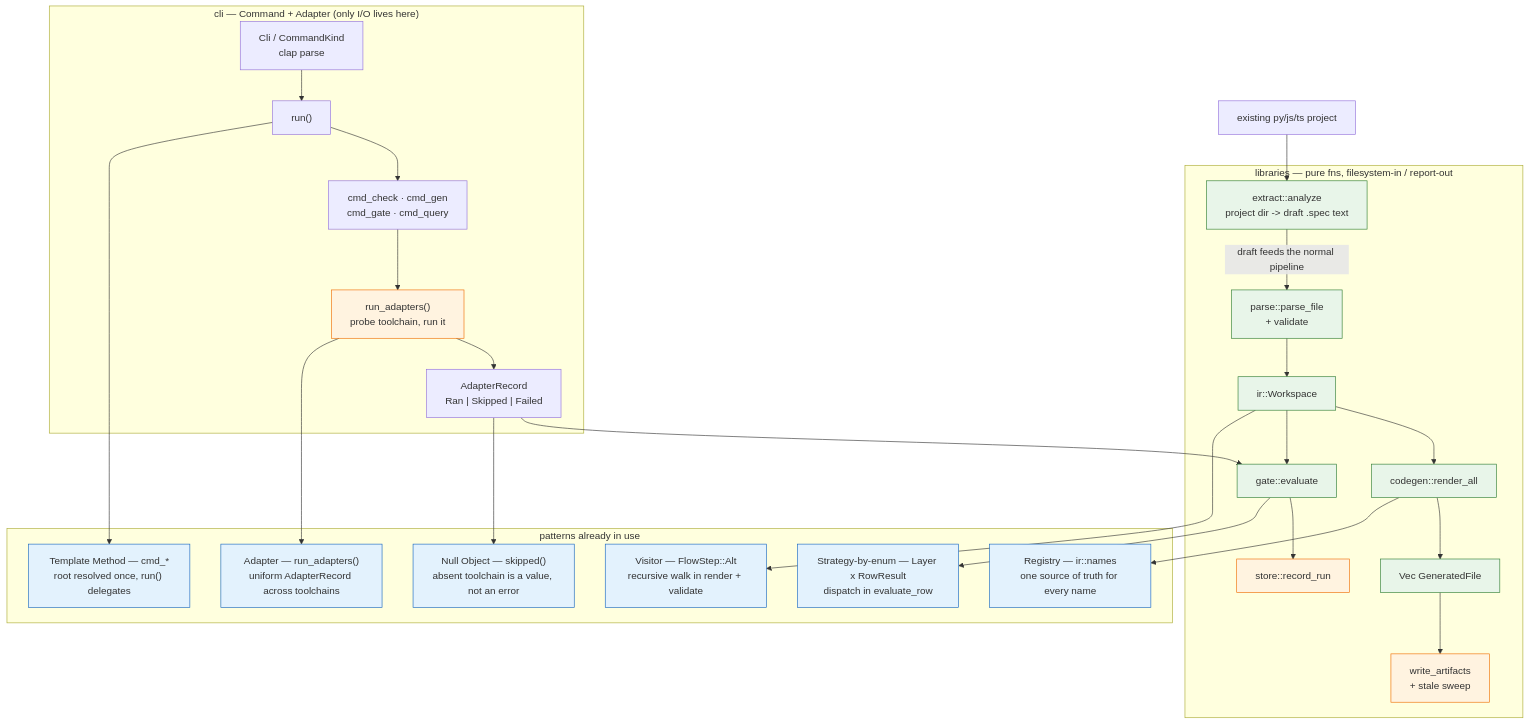
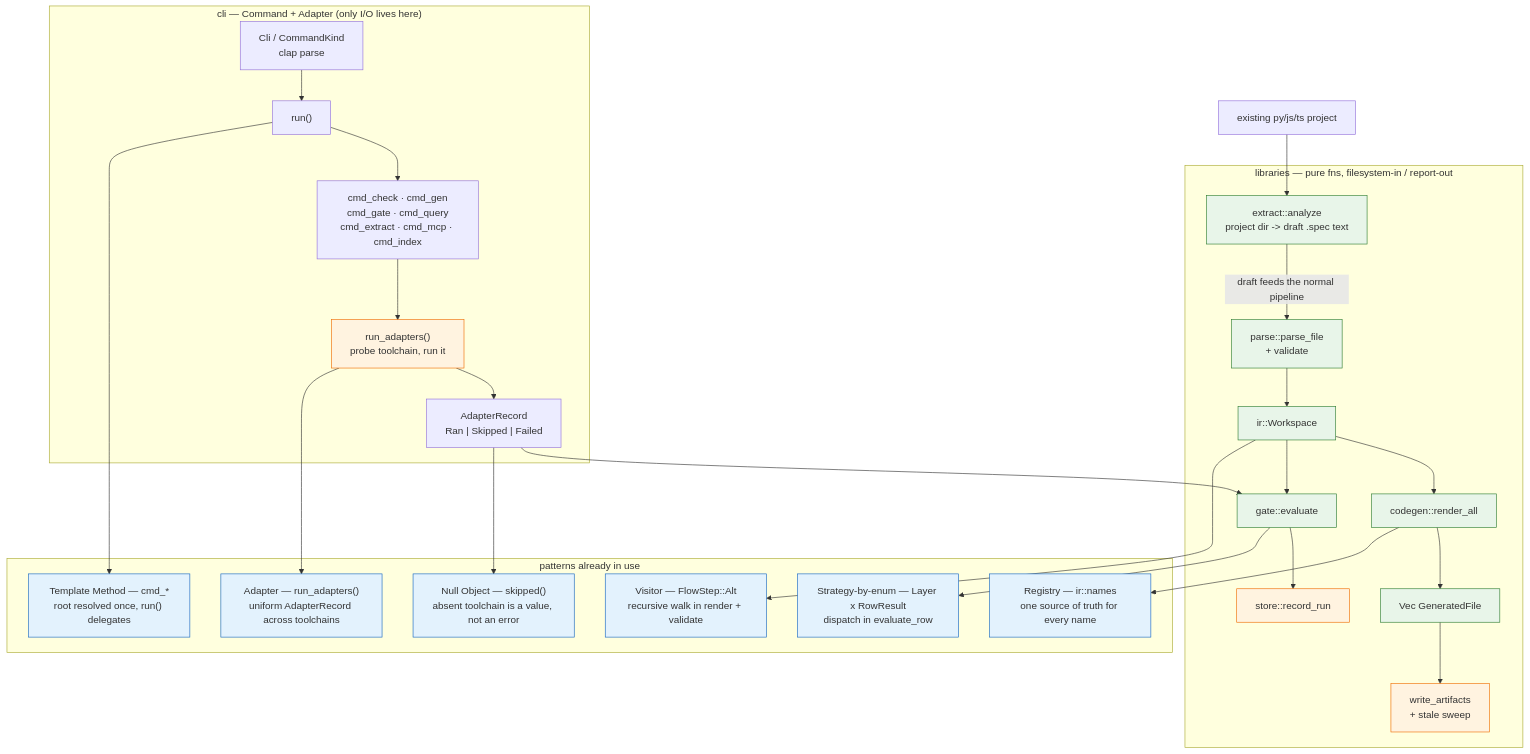
The diagram in ARCHITECTURE.md (chopanpma/decision-spec), drawn with Mermaid before and after one commit. The commit also changed 7 other files, not shown here.

First line of the commit message:
F20: decispec index — GitHub-renderable decision index (md + embedded mermaid)

````diff
--- a/ARCHITECTURE.md
+++ b/ARCHITECTURE.md
@@ -3,45 +3,45 @@
 ```mermaid
 flowchart TB
   subgraph CLI["cli — Command + Adapter (only I/O lives here)"]
     C1["Cli / CommandKind<br/>clap parse"] --> C2["run()"]
-    C2 --> C3["cmd_check · cmd_gen<br/>cmd_gate · cmd_query"]
+    C2 --> C3["cmd_check · cmd_gen<br/>cmd_gate · cmd_query<br/>cmd_extract · cmd_mcp · cmd_index"]
     C3 --> C4["run_adapters()<br/>probe toolchain, run it"]
     C4 --> C5["AdapterRecord<br/>Ran | Skipped | Failed"]
   end
 
   subgraph LIB["libraries — pure fns, filesystem-in / report-out"]
     P["parse::parse_file<br/>+ validate"] --> W["ir::Workspace"]
     W --> R["codegen::render_all"]
     R --> RF["Vec GeneratedFile"]
     W --> G["gate::evaluate"]
     C5 --> G
     RF --> S["write_artifacts<br/>+ stale sweep"]
     G --> ST["store::record_run"]
     X["extract::analyze<br/>project dir -> draft .spec text"]
   end
   PD["existing py/js/ts project"] --> X
   X -- "draft feeds the normal pipeline" --> P
 
   subgraph PAT["patterns already in use"]
     S1["Visitor — FlowStep::Alt<br/>recursive walk in render + validate"]
     S2["Strategy-by-enum — Layer x RowResult<br/>dispatch in evaluate_row"]
     S3["Registry — ir::names<br/>one source of truth for every name"]
     S4["Adapter — run_adapters()<br/>uniform AdapterRecord across toolchains"]
     S5["Template Method — cmd_*<br/>root resolved once, run() delegates"]
     S6["Null Object — skipped()<br/>absent toolchain is a value, not an error"]
   end
 
   W --> S1
   G --> S2
   R --> S3
   C4 --> S4
   C2 --> S5
   C5 --> S6
 
   classDef pure fill:#e8f5e9,stroke:#2e7d32
   classDef io fill:#fff3e0,stroke:#ef6c00
   classDef pat fill:#e3f2fd,stroke:#1565c0
   class P,W,R,RF,G,X pure
   class C4,S,ST io
   class S1,S2,S3,S4,S5,S6 pat
 ```
````
